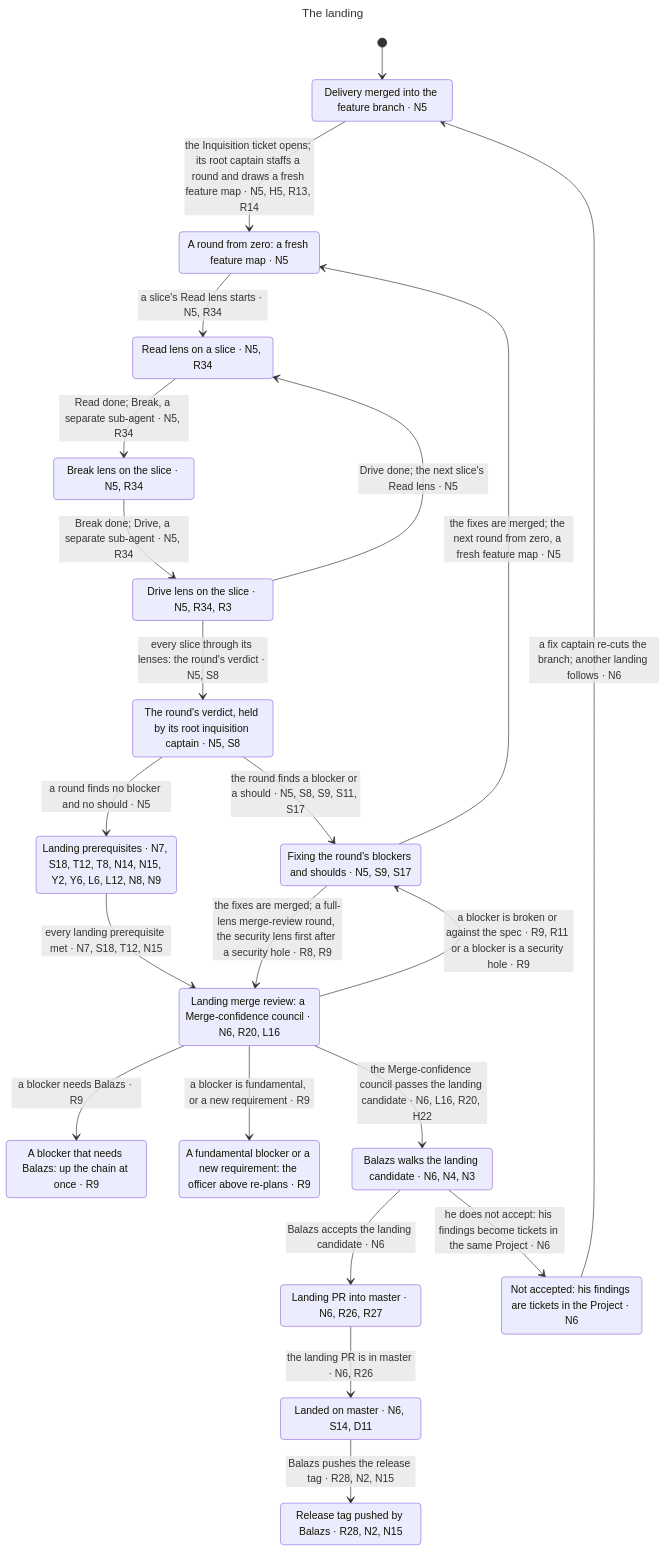
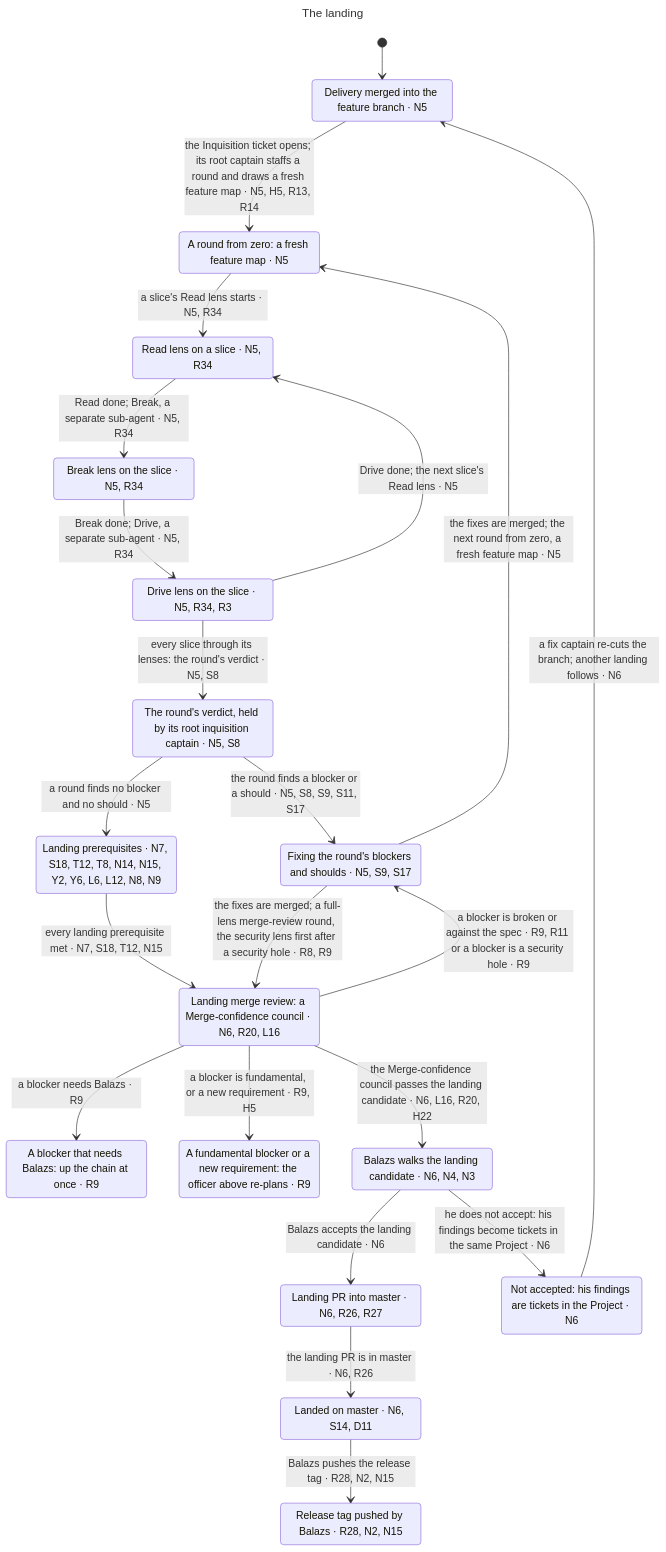
The diagram in claims/statechart/landing/chart.mmd (BalazsOrg/dydo), drawn with Mermaid before and after one commit. The commit also changed 22 other files, not shown here.

```diff
--- a/claims/statechart/landing/chart.mmd
+++ b/claims/statechart/landing/chart.mmd
@@ -1,41 +1,41 @@
 ---
 title: "The landing"
 ---
 stateDiagram-v2
   s0: Delivery merged into the feature branch #183; N5
   s1: A round from zero: a fresh feature map #183; N5
   s2: Read lens on a slice #183; N5, R34
   s3: Break lens on the slice #183; N5, R34
   s4: Drive lens on the slice #183; N5, R34, R3
   s5: The round's verdict, held by its root inquisition captain #183; N5, S8
   s6: Fixing the round's blockers and shoulds #183; N5, S9, S17
   s7: Landing prerequisites #183; N7, S18, T12, T8, N14, N15, Y2, Y6, L6, L12, N8, N9
   s8: Landing merge review: a Merge-confidence council #183; N6, R20, L16
   s9: A blocker that needs Balazs: up the chain at once #183; R9
   s10: A fundamental blocker or a new requirement: the officer above re-plans #183; R9
   s11: Balazs walks the landing candidate #183; N6, N4, N3
   s12: Landing PR into master #183; N6, R26, R27
   s13: Not accepted: his findings are tickets in the Project #183; N6
   s14: Landed on master #183; N6, S14, D11
   s15: Release tag pushed by Balazs #183; R28, N2, N15
   [*] --> s0
   s0 --> s1: the Inquisition ticket opens#59; its root captain staffs a round and draws a fresh feature map #183; N5, H5, R13, R14
   s1 --> s2: a slice's Read lens starts #183; N5, R34
   s2 --> s3: Read done#59; Break, a separate sub-agent #183; N5, R34
   s3 --> s4: Break done#59; Drive, a separate sub-agent #183; N5, R34
   s4 --> s5: every slice through its lenses: the round's verdict #183; N5, S8
   s4 --> s2: Drive done#59; the next slice's Read lens #183; N5
   s5 --> s6: the round finds a blocker or a should #183; N5, S8, S9, S11, S17
   s5 --> s7: a round finds no blocker and no should #183; N5
   s6 --> s1: the fixes are merged#59; the next round from zero, a fresh feature map #183; N5
   s7 --> s8: every landing prerequisite met #183; N7, S18, T12, N15
   s8 --> s6: a blocker is broken or against the spec #183; R9, R11 or a blocker is a security hole #183; R9
   s8 --> s9: a blocker needs Balazs #183; R9
-  s8 --> s10: a blocker is fundamental, or a new requirement #183; R9
+  s8 --> s10: a blocker is fundamental, or a new requirement #183; R9, H5
   s8 --> s11: the Merge-confidence council passes the landing candidate #183; N6, L16, R20, H22
   s6 --> s8: the fixes are merged#59; a full-lens merge-review round, the security lens first after a security hole #183; R8, R9
   s11 --> s12: Balazs accepts the landing candidate #183; N6
   s11 --> s13: he does not accept: his findings become tickets in the same Project #183; N6
   s12 --> s14: the landing PR is in master #183; N6, R26
   s13 --> s0: a fix captain re-cuts the branch#59; another landing follows #183; N6
   s14 --> s15: Balazs pushes the release tag #183; R28, N2, N15
```
